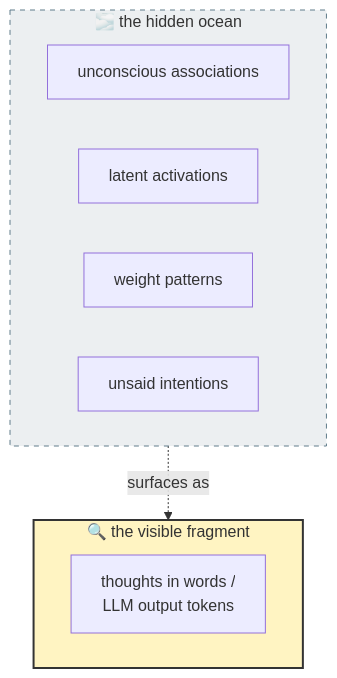
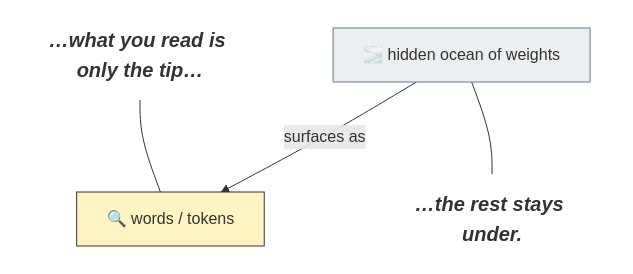
One commit to ArthurSrz/knowledge_glossary changed the third of 5 diagrams in daily/2026-06-28 - The Society of Knowledge - Words and weights as marks.md. Above: the diagram before and after it, drawn with Mermaid. The commit also changed other lines of this file, not shown here.

````diff
--- a/daily/2026-06-28 - The Society of Knowledge - Words and weights as marks.md
+++ b/daily/2026-06-28 - The Society of Knowledge - Words and weights as marks.md
@@ -38,15 +33,9 @@
 ```mermaid
 graph TB
-    subgraph VIS["🔍 the visible fragment"]
-        T["thoughts in words /<br/>LLM output tokens"]
-    end
-    subgraph HID["🌫️ the hidden ocean"]
-        H1["unconscious associations"]
-        H2["latent activations"]
-        H3["weight patterns"]
-        H4["unsaid intentions"]
-    end
-    HID -.->|"surfaces as"| VIS
-    style VIS fill:#fff4c2,stroke:#333,stroke-width:2px
-    style HID fill:#eceff1,stroke:#607d8b,stroke-dasharray:5 5
+    LEAD["…what you read is only the tip…"]:::ghost --- VIS["🔍 words / tokens"]
+    HID["🌫️ hidden ocean of weights"] -->|"surfaces as"| VIS
+    HID --- TAIL["…the rest stays under."]:::ghost
+    classDef ghost fill:none,stroke:none,color:#333,font-size:20px,font-style:italic,font-weight:bold
+    style VIS fill:#fff4c2,stroke:#333
+    style HID fill:#eceff1,stroke:#607d8b
 ```
````
